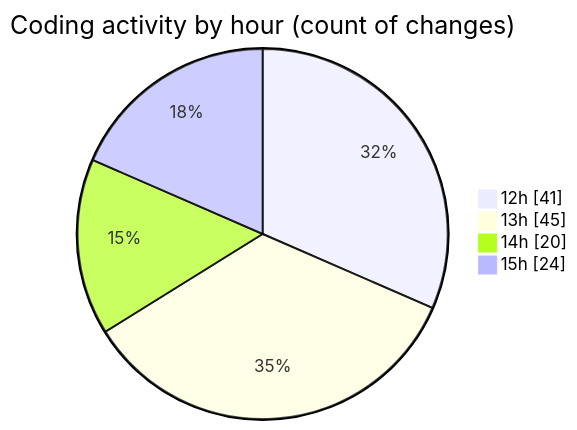
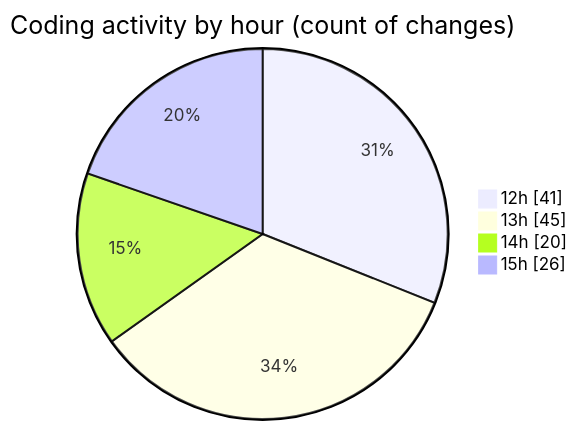
The second of 2 diagrams in 2025-12-02/cda/README.md (momahboobian/code-tracking), drawn with Mermaid before and after one commit. The commit also changed other lines of this file and 1 other file, not shown here.

````diff
--- a/2025-12-02/cda/README.md
+++ b/2025-12-02/cda/README.md
@@ -40,8 +40,8 @@
 ```mermaid
 pie showData
 title Coding activity by hour (count of changes)
 "12h" : 41
 "13h" : 45
 "14h" : 20
-"15h" : 24
+"15h" : 26
 ```
````
